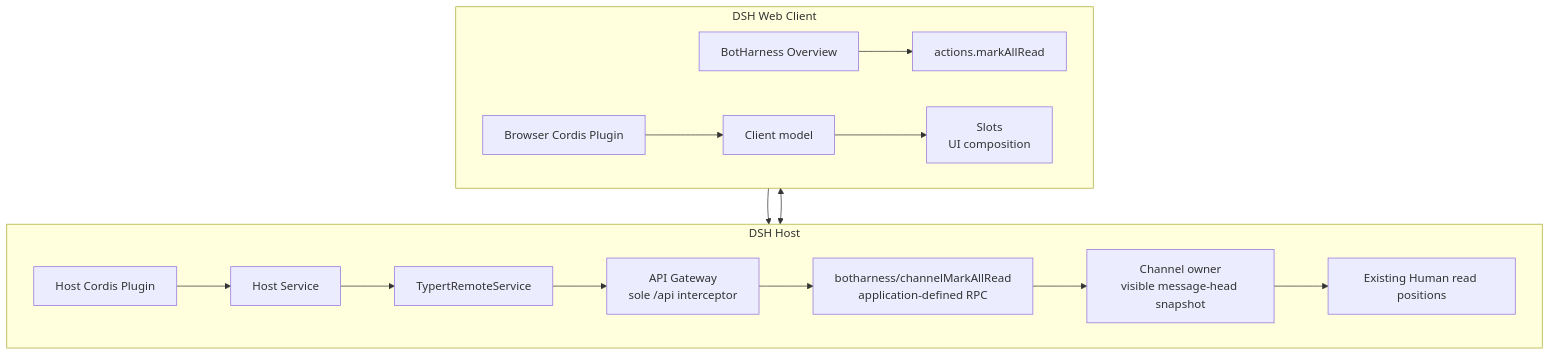
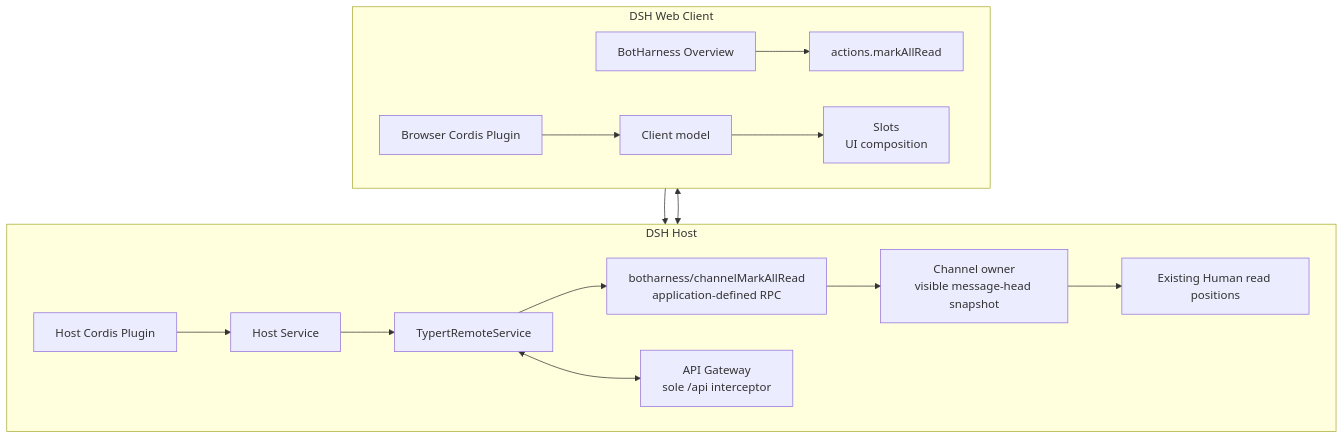
The diagram in docs/architecture/diagrams/en/09-dsh-host-client.mmd (BotHarness/BotHarness), drawn with Mermaid before and after one commit. The commit also changed 5 other files, not shown here.

First line of the commit message:
docs: show read RPC dispatch through the remote service

```diff
--- a/docs/architecture/diagrams/en/09-dsh-host-client.mmd
+++ b/docs/architecture/diagrams/en/09-dsh-host-client.mmd
@@ -1,18 +1,18 @@
 flowchart TB
   subgraph Host["DSH Host"]
     direction LR
     HostPlugin["Host Cordis Plugin"] --> Service["Host Service"]
     Service --> Remote["TypertRemoteService"]
     ReadRPC["botharness/channelMarkAllRead<br/>application-defined RPC"] --> Channels["Channel owner<br/>visible message-head snapshot"]
     Channels --> ReadPositions["Existing Human read positions"]
-    Remote --> Gateway["API Gateway<br/>sole /api interceptor"]
+    Remote <--> Gateway["API Gateway<br/>sole /api interceptor"]
   end
   subgraph Browser["DSH Web Client"]
     direction LR
     ClientPlugin["Browser Cordis Plugin"] --> Model["Client model"]
     Overview["BotHarness Overview"] --> ReadAction["actions.markAllRead"]
     Model --> Slots["Slots<br/>UI composition"]
   end
   Gateway <--> Model
   ReadAction --> Gateway
-  Gateway --> ReadRPC
+  Remote --> ReadRPC
```
